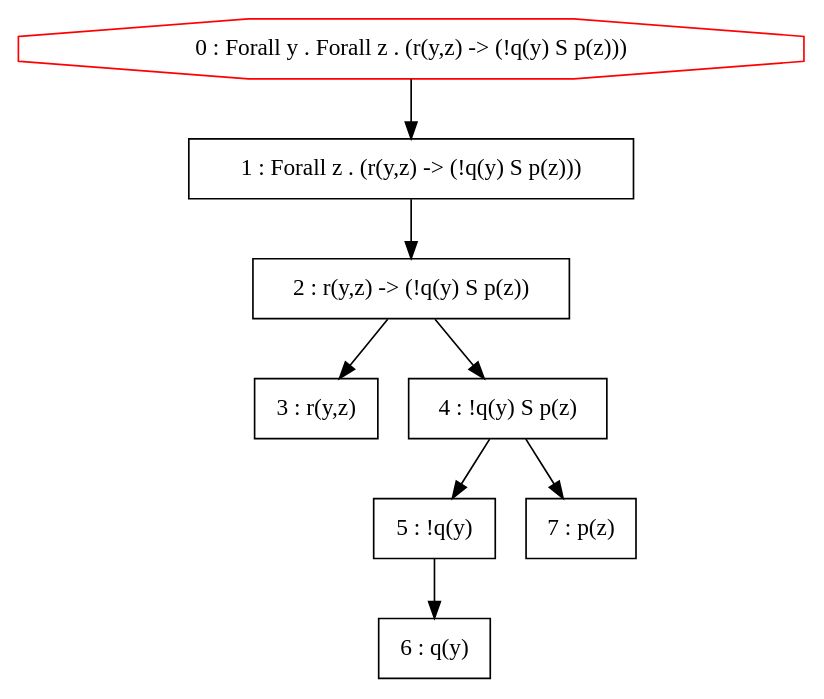
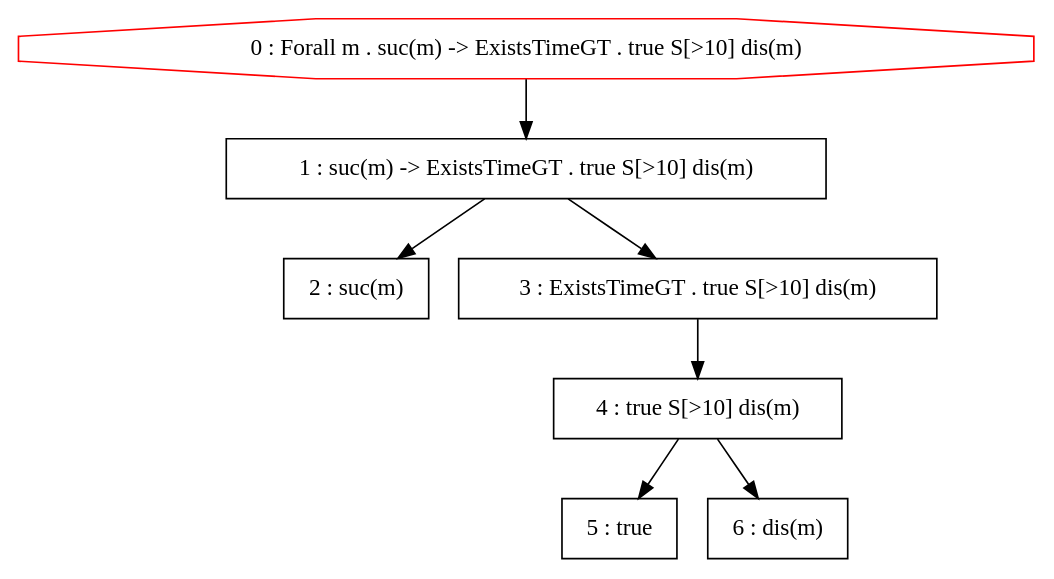
The diagram in ast.dot (havelund/dejavu), drawn with Graphviz before and after one commit. The commit also changed 156 other files, not shown here.

```diff
--- a/ast.dot
+++ b/ast.dot
@@ -1,17 +1,15 @@
 digraph G {
-  0 [shape=octagon, color=red, label="0 : Forall y . Forall z . (r(y,z) -> (!q(y) S p(z)))"]
-  1 [shape=box, label="1 : Forall z . (r(y,z) -> (!q(y) S p(z)))"]
-  2 [shape=box, label="2 : r(y,z) -> (!q(y) S p(z))"]
-  3 [shape=box, label="3 : r(y,z)"]
-  4 [shape=box, label="4 : !q(y) S p(z)"]
-  5 [shape=box, label="5 : !q(y)"]
-  6 [shape=box, label="6 : q(y)"]
-  5 -> 6
-  7 [shape=box, label="7 : p(z)"]
+  0 [shape=octagon, color=red, label="0 : Forall m . suc(m) -> ExistsTimeGT . true S[>10] dis(m)"]
+  1 [shape=box, label="1 : suc(m) -> ExistsTimeGT . true S[>10] dis(m)"]
+  2 [shape=box, label="2 : suc(m)"]
+  3 [shape=box, label="3 : ExistsTimeGT . true S[>10] dis(m)"]
+  4 [shape=box, label="4 : true S[>10] dis(m)"]
+  5 [shape=box, label="5 : true"]
+  6 [shape=box, label="6 : dis(m)"]
   4 -> 5
-  4 -> 7
-  2 -> 3
-  2 -> 4
+  4 -> 6
+  3 -> 4
   1 -> 2
+  1 -> 3
   0 -> 1
 }
```
